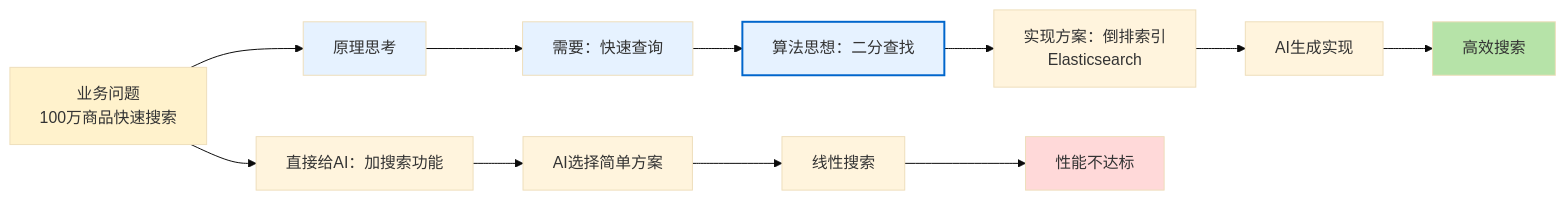
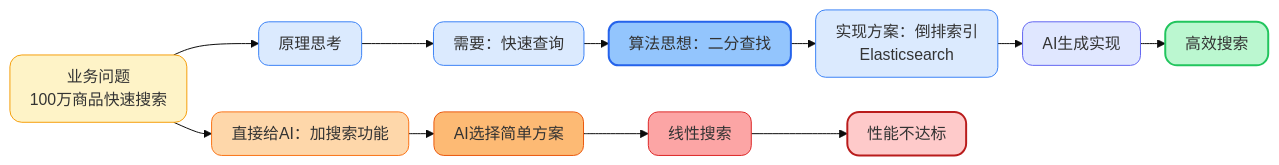
Before and after one commit to microwind/algorithms: the third of 4 diagrams in start-here/Why-Programmers-35-Plus-Are-Thriving-in-AI-Era.md, drawn with Mermaid (base theme). The commit also changed other lines of this file and 3 other files, not shown here.

````diff
--- a/start-here/Why-Programmers-35-Plus-Are-Thriving-in-AI-Era.md
+++ b/start-here/Why-Programmers-35-Plus-Are-Thriving-in-AI-Era.md
@@ -222,22 +185,33 @@
 ```mermaid
+%%{init: {'flowchart': {'nodeSpacing': 35, 'rankSpacing': 25, 'padding': 10}}}%%
 graph LR
+
+    %% ===== 正确路径（蓝 → 绿）=====
     A["业务问题<br/>100万商品快速搜索"] --> B["原理思考"]
     B --> B1["需要：快速查询"]
     B1 --> B2["算法思想：二分查找"]
     B2 --> B3["实现方案：倒排索引<br/>Elasticsearch"]
-
     B3 --> C["AI生成实现"]
     C --> D["高效搜索"]
 
+    %% ===== 错误路径（橙 → 红）=====
     A --> E["直接给AI：加搜索功能"]
     E --> F["AI选择简单方案"]
     F --> G["线性搜索"]
     G --> H["性能不达标"]
 
-    style A fill:#FFF2CC
-    style B fill:#e6f2ff
-    style B1 fill:#e6f2ff
-    style B2 fill:#e6f2ff,stroke:#0066cc,stroke-width:2px
-    style D fill:#b6e3a8
-    style H fill:#ffd9d9
+    %% ===== 正确路径颜色（蓝色思考 → 绿色结果）=====
+    style A fill:#FEF3C7,stroke:#F59E0B,rx:12,ry:12
+    style B fill:#DBEAFE,stroke:#3B82F6,rx:10,ry:10
+    style B1 fill:#DBEAFE,stroke:#3B82F6,rx:10,ry:10
+    style B2 fill:#93C5FD,stroke:#2563EB,stroke-width:2px,rx:10,ry:10
+    style B3 fill:#DBEAFE,stroke:#3B82F6,rx:10,ry:10
+    style C fill:#E0E7FF,stroke:#6366F1,rx:10,ry:10
+    style D fill:#BBF7D0,stroke:#22C55E,stroke-width:2px,rx:12,ry:12
+
+    %% ===== 错误路径颜色（橙 → 红）=====
+    style E fill:#FED7AA,stroke:#F97316,rx:10,ry:10
+    style F fill:#FDBA74,stroke:#EA580C,rx:10,ry:10
+    style G fill:#FCA5A5,stroke:#DC2626,rx:10,ry:10
+    style H fill:#FECACA,stroke:#B91C1C,stroke-width:2px,rx:12,ry:12
 ```
````
